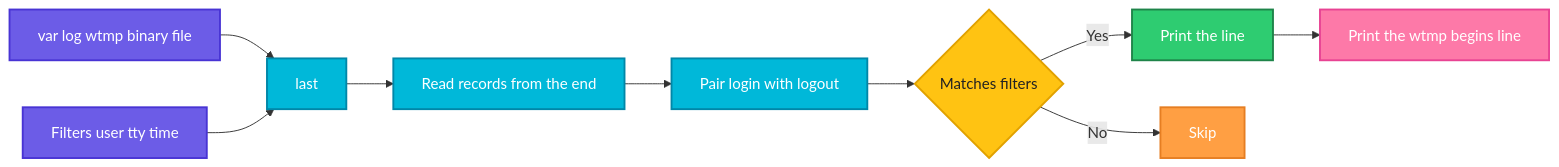
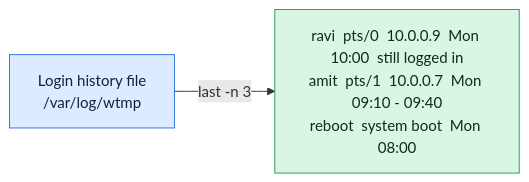
One commit to codeKerdosTech/DevOps-Documentation changed the diagram in linux/user-management/last.md. Above: the diagram before and after it, drawn with Mermaid. The commit also changed other lines of this file and 165 other files, not shown here.

Commit message:
updated diagrams in linux

````diff
--- a/linux/user-management/last.md
+++ b/linux/user-management/last.md
@@ -32,24 +32,11 @@
 ```mermaid
 flowchart LR
-    A[var log wtmp binary file] --> B[last]
-    C[Filters user tty time] --> B
-    B --> D[Read records from the end]
-    D --> E[Pair login with logout]
-    E --> F{Matches filters}
-    F -->|Yes| G[Print the line]
-    F -->|No| H[Skip]
-    G --> I[Print the wtmp begins line]
-    classDef start fill:#6C5CE7,stroke:#4834D4,stroke-width:2px,color:#fff
-    classDef proc fill:#00B8D9,stroke:#0087A8,stroke-width:2px,color:#fff
-    classDef dec fill:#FFC312,stroke:#E1A100,stroke-width:2px,color:#222
-    classDef ok fill:#2ECC71,stroke:#1E8449,stroke-width:2px,color:#fff
-    classDef err fill:#FF4757,stroke:#C0392B,stroke-width:2px,color:#fff
-    classDef out fill:#FD79A8,stroke:#E84393,stroke-width:2px,color:#fff
-    classDef alt fill:#FF9F43,stroke:#E67E22,stroke-width:2px,color:#fff
-    class A,C start
-    class B,D,E proc
-    class F dec
-    class G ok
-    class H alt
-    class I out
+    i1[Login history file<br/>/var/log/wtmp] -->|last -n 3| o1[ravi  pts/0  10.0.0.9  Mon 10:00  still logged in<br/>amit  pts/1  10.0.0.7  Mon 09:10 - 09:40<br/>reboot  system boot  Mon 08:00]
+    classDef inp fill:#DCEBFF,stroke:#2F6FDE,color:#10213F
+    classDef cmd fill:#FFF0C2,stroke:#C98A00,color:#3A2A00
+    classDef out fill:#D9F5E3,stroke:#1F9D55,color:#0B2E1A
+    classDef bad fill:#FDE0E0,stroke:#D13B3B,color:#4A0F0F
+    classDef note fill:#ECEFF3,stroke:#7B8794,color:#1F2933
+    class i1 inp
+    class o1 out
 ```
````
